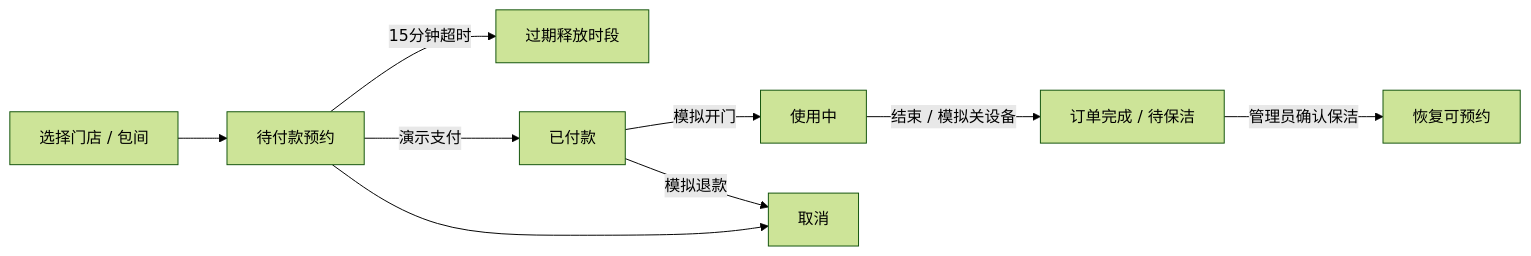
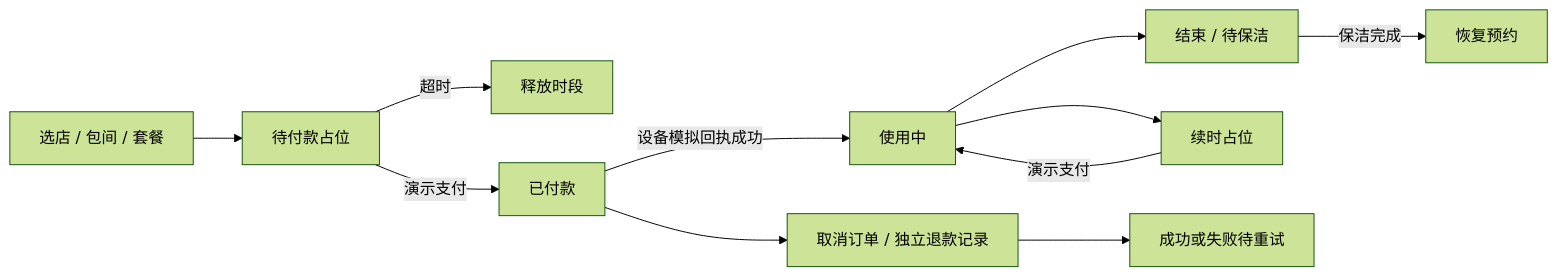
One commit to wang2000222/RoomFlow changed the diagram in README.md. Above: the diagram before and after it, drawn with Mermaid (forest theme). The commit also changed other lines of this file and 54 other files, not shown here.

````diff
--- a/README.md
+++ b/README.md
@@ -23,11 +30,13 @@
 ```mermaid
 flowchart LR
-  A[选择门店 / 包间] --> B[待付款预约]
-  B -->|15分钟超时| X[过期释放时段]
+  A[选店 / 包间 / 套餐] --> B[待付款占位]
+  B -->|超时| X[释放时段]
   B -->|演示支付| C[已付款]
-  C -->|模拟开门| D[使用中]
-  D -->|结束 / 模拟关设备| E[订单完成 / 待保洁]
-  E -->|管理员确认保洁| F[恢复可预约]
-  B --> G[取消]
-  C -->|模拟退款| G
+  C -->|设备模拟回执成功| D[使用中]
+  D --> E[结束 / 待保洁]
+  E -->|保洁完成| F[恢复预约]
+  C --> G[取消订单 / 独立退款记录]
+  G --> H[成功或失败待重试]
+  D --> I[续时占位]
+  I -->|演示支付| D
 ```
````
